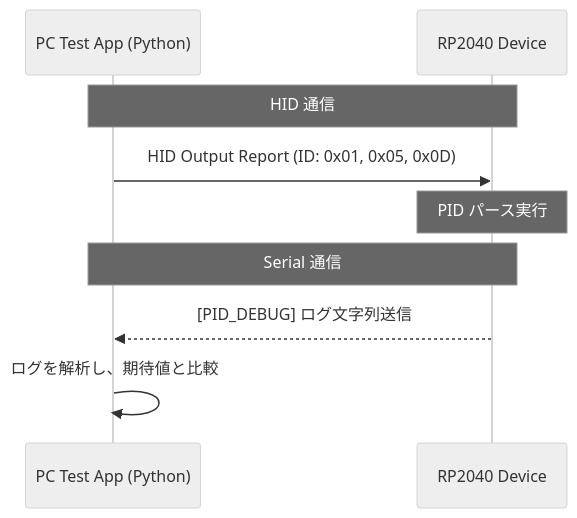
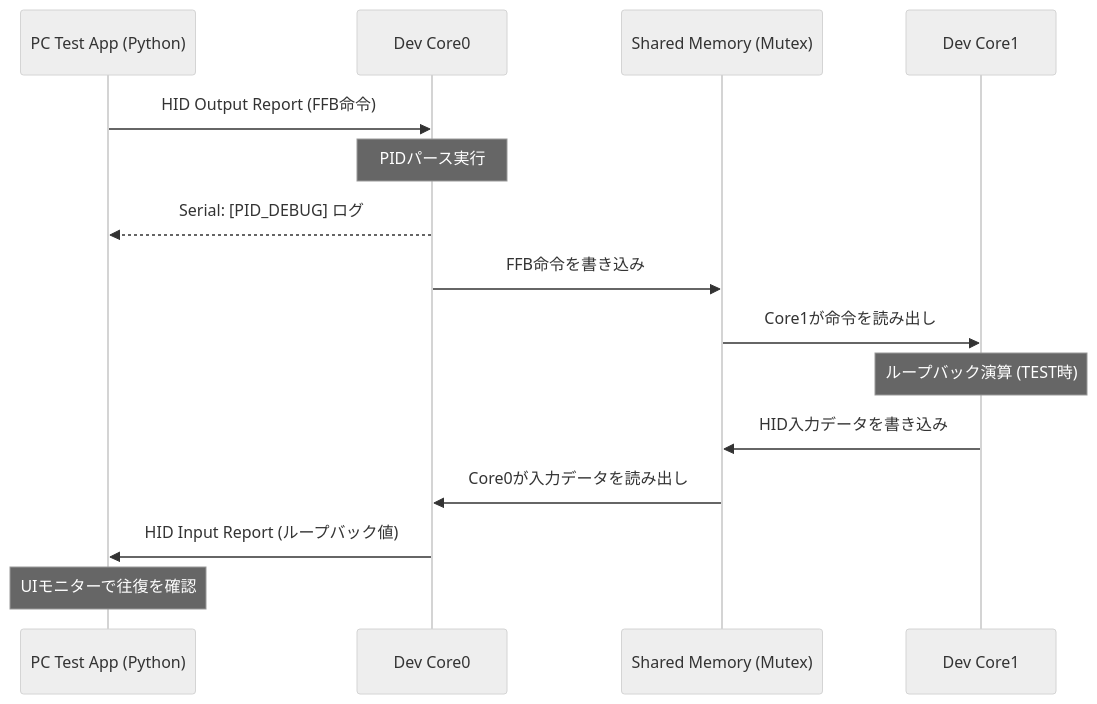
Before and after one commit to tfuruha/RPP2040_USB_Gamepad: the diagram in DebugApp.md, drawn with Mermaid (neutral theme). The commit also changed other lines of this file and 6 other files, not shown here.

````diff
--- a/DebugApp.md
+++ b/DebugApp.md
@@ -12,11 +15,20 @@
 ```mermaid
 sequenceDiagram
     participant App as PC Test App (Python)
-    participant Dev as RP2040 Device
-    Note over App, Dev: HID 通信
-    App->>Dev: HID Output Report (ID: 0x01, 0x05, 0x0D)
-    Note over Dev: PID パース実行
-    Note over App, Dev: Serial 通信
-    Dev-->>App: [PID_DEBUG] ログ文字列送信
-    App->>App: ログを解析し、期待値と比較
+    participant C0 as Dev Core0
+    participant SM as Shared Memory (Mutex)
+    participant C1 as Dev Core1
+    
+    App->>C0: HID Output Report (FFB命令)
+    Note over C0: PIDパース実行
+    C0-->>App: Serial: [PID_DEBUG] ログ
+    
+    C0->>SM: FFB命令を書き込み
+    SM->>C1: Core1が命令を読み出し
+    Note over C1: ループバック演算 (TEST時)
+    C1->>SM: HID入力データを書き込み
+    SM->>C0: Core0が入力データを読み出し
+    
+    C0->>App: HID Input Report (ループバック値)
+    Note over App: UIモニターで往復を確認
 ```
````
